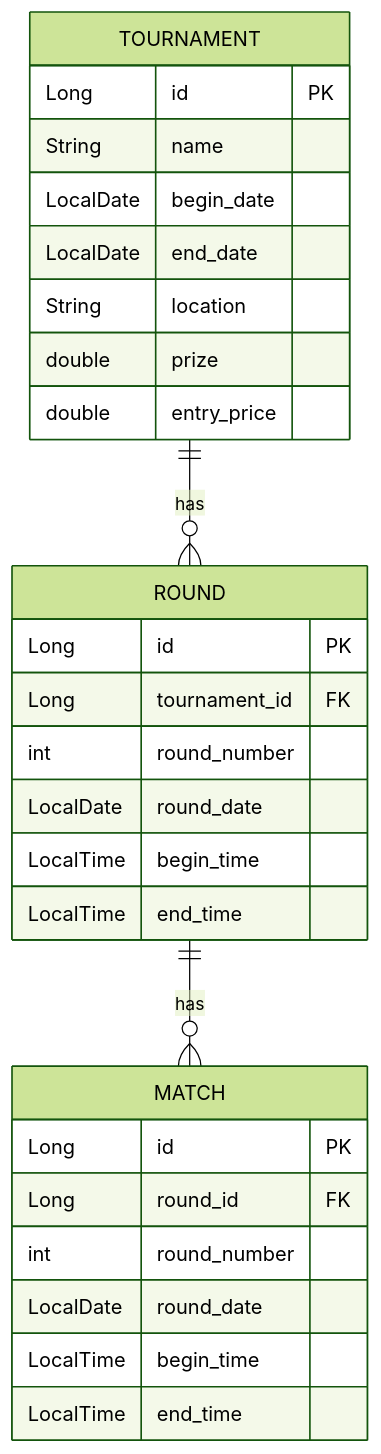
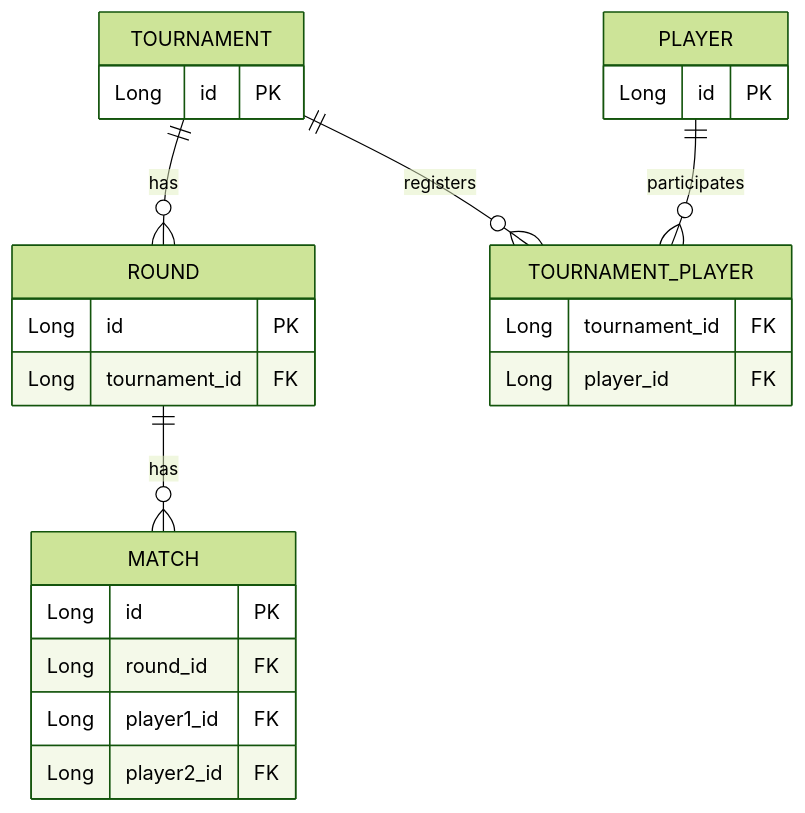
Before and after one commit to luisdeveloper/wargames-tournament: the diagram in docs/API-PERSISTENCE.md, drawn with Mermaid (forest theme). The commit also changed other lines of this file, not shown here.

````diff
--- a/docs/API-PERSISTENCE.md
+++ b/docs/API-PERSISTENCE.md
@@ -32,35 +42,33 @@
 ```mermaid
 erDiagram
     TOURNAMENT {
         Long id PK
-        String name
-        LocalDate begin_date
-        LocalDate end_date
-        String location
-        double prize
-        double entry_price
+    }
+
+    PLAYER {
+        Long id PK
+    }
+
+   TOURNAMENT_PLAYER {
+        Long tournament_id FK
+        Long player_id FK
     }
 
     ROUND {
         Long id PK
         Long tournament_id FK
-        int round_number
-        LocalDate round_date
-        LocalTime begin_time
-        LocalTime end_time
-        
     }
 
     MATCH {
         Long id PK
         Long round_id FK
-        int round_number
-        LocalDate round_date
-        LocalTime begin_time
-        LocalTime end_time
-        
+        Long player1_id FK
+        Long player2_id FK
     }
 
     TOURNAMENT ||--o{ ROUND : has
     ROUND ||--o{ MATCH : has
+
+    TOURNAMENT ||--o{ TOURNAMENT_PLAYER : registers
+    PLAYER ||--o{ TOURNAMENT_PLAYER : participates
 ```
````
